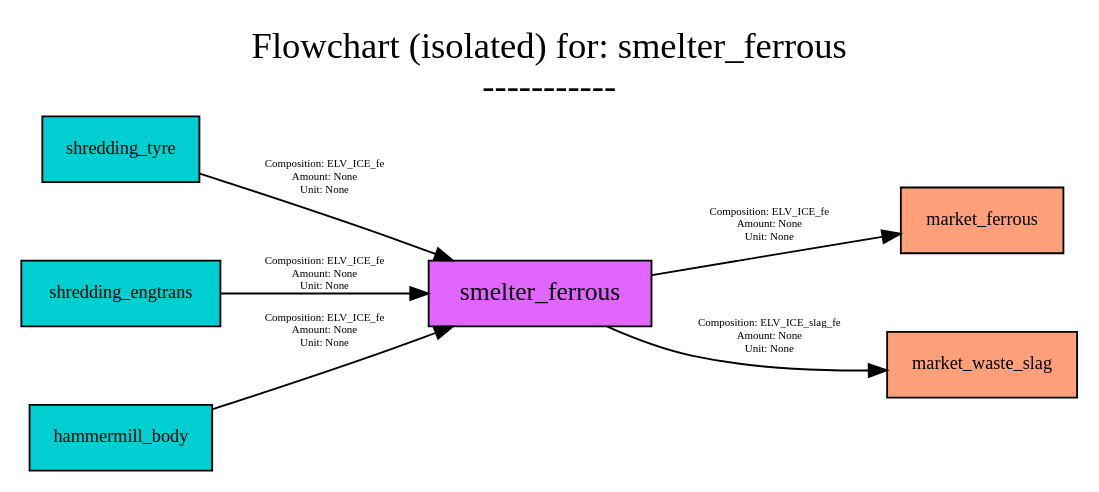
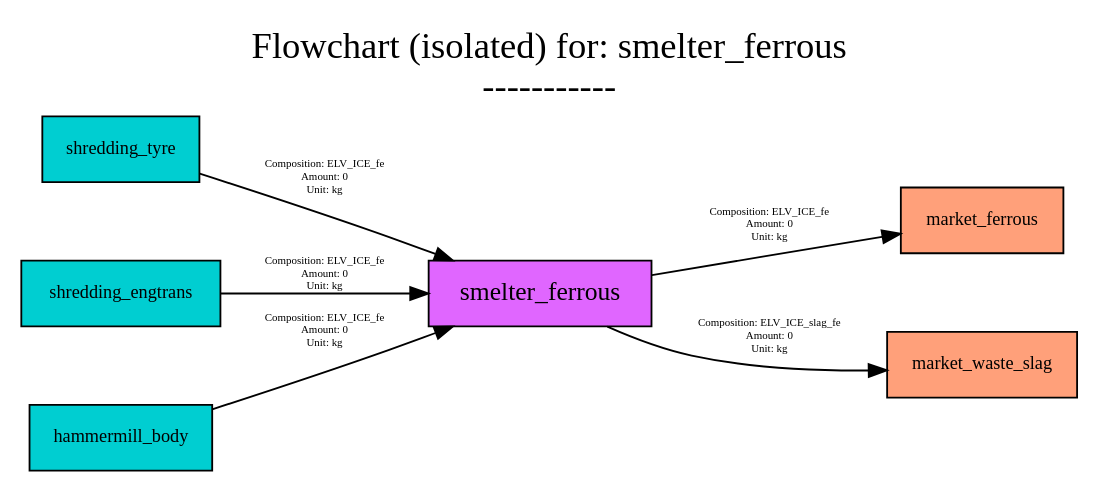
One commit to FutuRaM-Project/Recovery-Model changed the diagram in src/examples/ELV/figures/flowcharts/processes/dot/smelter_ferrous.dot. Above: the diagram before and after it, drawn with Graphviz. The commit also changed 196 other files, not shown here.

```diff
--- a/src/examples/ELV/figures/flowcharts/processes/dot/smelter_ferrous.dot
+++ b/src/examples/ELV/figures/flowcharts/processes/dot/smelter_ferrous.dot
@@ -1,106 +1,106 @@
 digraph {
 	graph [bb="0,0,543,246",
 		font=Cabin,
 		fontname=Cabin,
 		fontsize=20,
 		label="Flowchart (isolated) for: smelter_ferrous
 -----------",
 		labeljust=c,
 		labelloc=tc,
 		lheight=0.61,
 		lp="271.5,220",
 		lwidth=4.71,
 		nodesep=0.6,
 		rankdir=LR,
 		ranksep=0.6
 	];
 	node [label="\N"];
 	smelter_ferrous	[fillcolor=mediumorchid1,
 		fontname=Cabin,
 		fontsize=14,
 		height=0.5,
 		pos="265,97",
 		shape=box,
 		style=filled,
 		width=1.5556];
 	market_ferrous	[fillcolor=lightsalmon1,
 		fontname=Cabin,
 		fontsize=10,
 		height=0.5,
 		pos="493.5,137",
 		shape=box,
 		style=filled,
 		width=1.125];
 	smelter_ferrous -> market_ferrous	[color=black,
 		fontname=Cabin,
 		fontsize=6,
 		label="Composition: ELV_ICE_fe
-Amount: None 
-Unit: None",
+Amount: 0 
+Unit: kg",
 		lp="382.5,134.5",
 		pos="e,452.83,129.99 321.12,106.73 358.18,113.28 406.65,121.84 442.58,128.18"];
 	market_waste_slag	[fillcolor=lightsalmon1,
 		fontname=Cabin,
 		fontsize=10,
 		height=0.5,
 		pos="493.5,58",
 		shape=box,
 		style=filled,
 		width=1.375];
 	smelter_ferrous -> market_waste_slag	[color=black,
 		fontname=Cabin,
 		fontsize=6,
 		label="Composition: ELV_ICE_slag_fe
-Amount: None 
-Unit: None",
+Amount: 0 
+Unit: kg",
 		lp="382.5,73.5",
 		pos="e,443.76,54.984 299.53,78.855 312.7,72.631 328.18,66.385 343,63 372.3,56.307 405.65,54.643 433.41,54.829"];
 	shredding_tyre	[fillcolor=darkturquoise,
 		fontname=Cabin,
 		fontsize=10,
 		height=0.5,
 		pos="50,176",
 		shape=box,
 		style=filled,
 		width=1.1111];
 	shredding_tyre -> smelter_ferrous	[color=black,
 		fontname=Cabin,
 		fontsize=6,
 		label="Composition: ELV_ICE_fe
-Amount: None 
-Unit: None",
+Amount: 0 
+Unit: kg",
 		lp="154.5,160.5",
 		pos="e,220.15,115.04 90.148,162.69 117.41,153.29 154.56,140.25 187,128 194.67,125.1 202.73,121.97 210.63,118.83"];
 	shredding_engtrans	[fillcolor=darkturquoise,
 		fontname=Cabin,
 		fontsize=10,
 		height=0.5,
 		pos="50,97",
 		shape=box,
 		style=filled,
 		width=1.3889];
 	shredding_engtrans -> smelter_ferrous	[color=black,
 		fontname=Cabin,
 		fontsize=6,
 		label="Composition: ELV_ICE_fe
-Amount: None 
-Unit: None",
+Amount: 0 
+Unit: kg",
 		lp="154.5,107.5",
 		pos="e,208.74,97 100.13,97 129.4,97 166.91,97 198.65,97"];
 	hammermill_body	[fillcolor=darkturquoise,
 		fontname=Cabin,
 		fontsize=10,
 		height=0.5,
 		pos="50,18",
 		shape=box,
 		style=filled,
 		width=1.3194];
 	hammermill_body -> smelter_ferrous	[color=black,
 		fontname=Cabin,
 		fontsize=6,
 		label="Composition: ELV_ICE_fe
-Amount: None 
-Unit: None",
+Amount: 0 
+Unit: kg",
 		lp="154.5,76.5",
 		pos="e,220.15,78.964 97.76,33.941 124.08,43.054 157.49,54.856 187,66 194.67,68.895 202.73,72.034 210.63,75.165"];
 }
```
